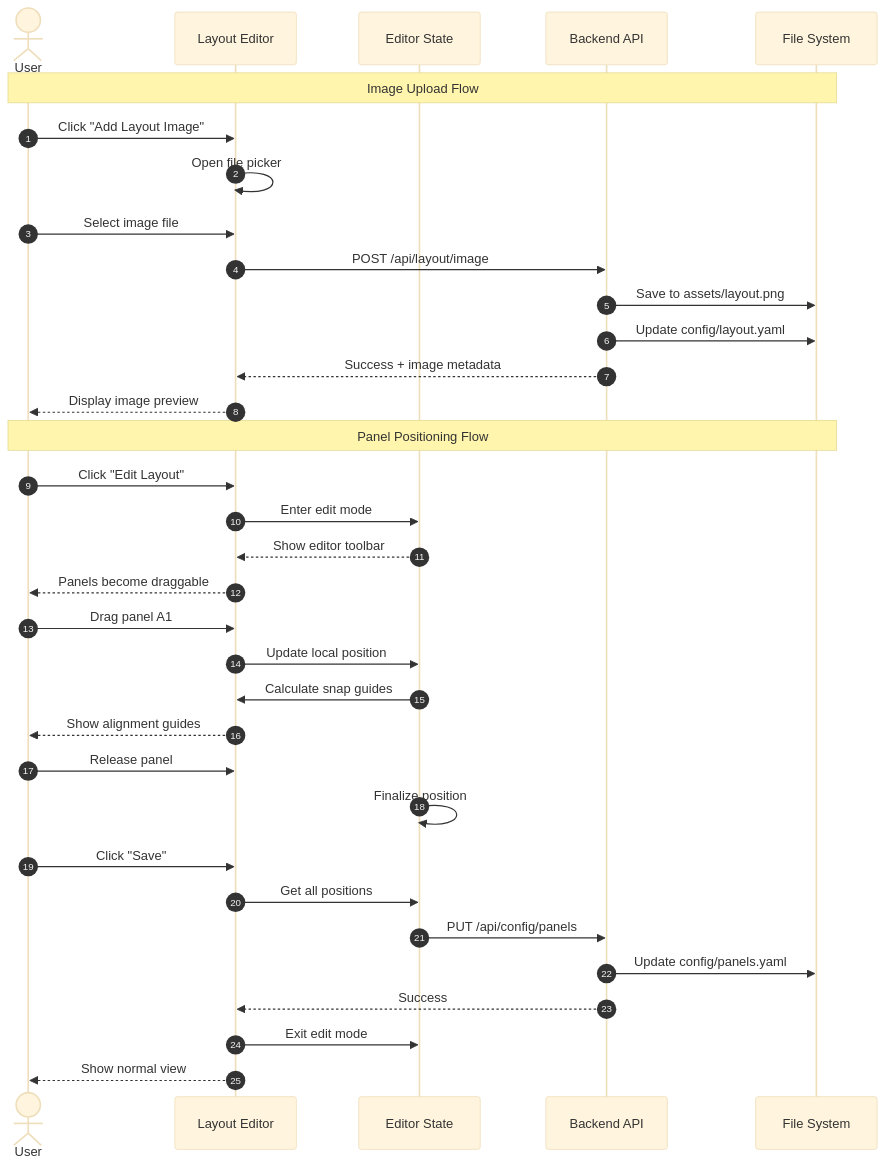
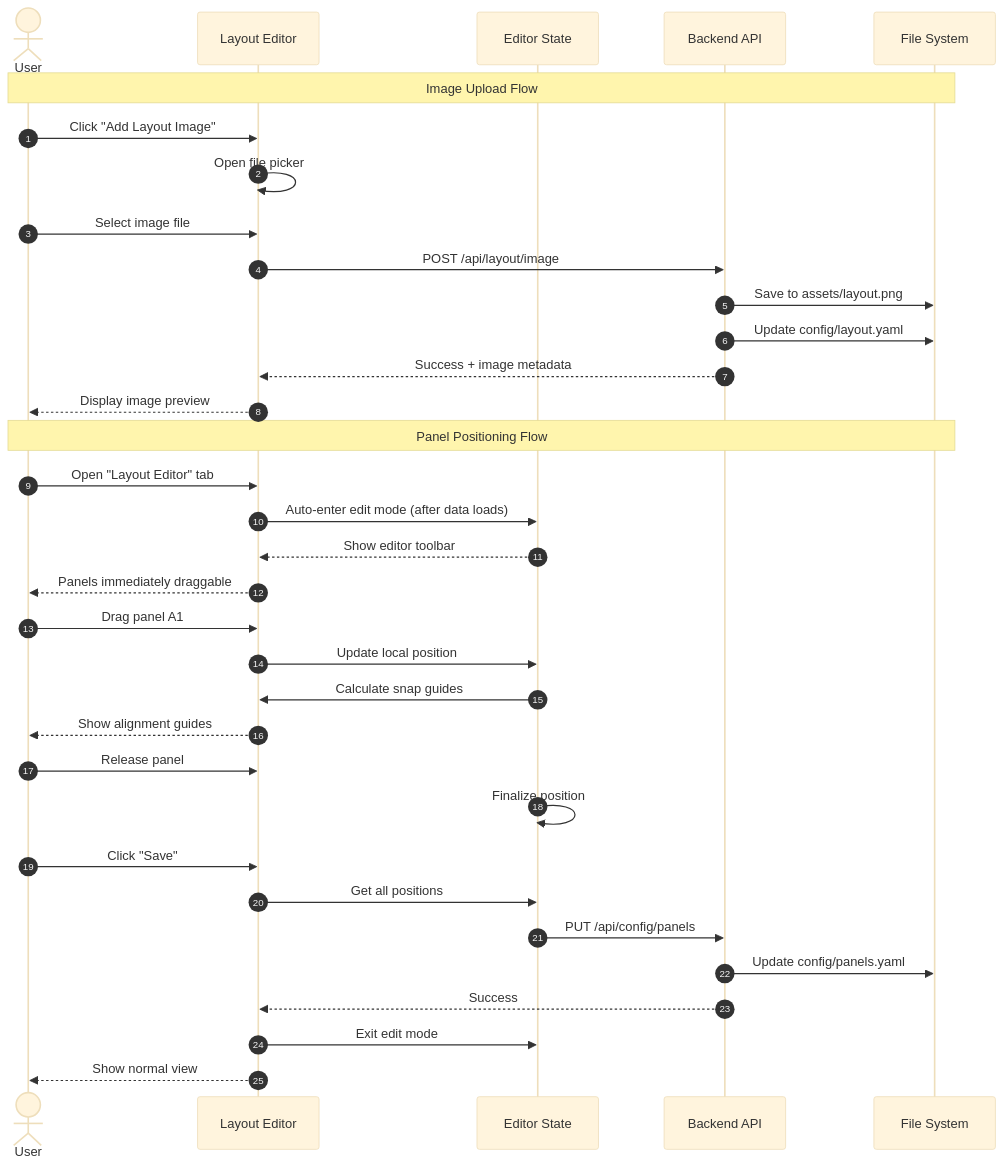
Before and after one commit to iscofield/realtime-tigo-monitor: the diagram in docs/specs/2026-01-19-multi-user-config-phase2.md, drawn with Mermaid (base theme). The commit also changed other lines of this file and 4 other files, not shown here.

First line of the commit message:
fix: layout editor UX improvements and snap algorithm fix

````diff
--- a/docs/specs/2026-01-19-multi-user-config-phase2.md
+++ b/docs/specs/2026-01-19-multi-user-config-phase2.md
@@ -830,42 +830,42 @@
 ```mermaid
 sequenceDiagram
     autonumber
     actor User
     participant UI as Layout Editor
     participant State as Editor State
     participant API as Backend API
     participant FS as File System
 
     Note over User,FS: Image Upload Flow
 
     User->>UI: Click "Add Layout Image"
     UI->>UI: Open file picker
     User->>UI: Select image file
     UI->>API: POST /api/layout/image
     API->>FS: Save to assets/layout.png
     API->>FS: Update config/layout.yaml
     API-->>UI: Success + image metadata
     UI-->>User: Display image preview
 
     Note over User,FS: Panel Positioning Flow
 
-    User->>UI: Click "Edit Layout"
-    UI->>State: Enter edit mode
+    User->>UI: Open "Layout Editor" tab
+    UI->>State: Auto-enter edit mode (after data loads)
     State-->>UI: Show editor toolbar
-    UI-->>User: Panels become draggable
+    UI-->>User: Panels immediately draggable
 
     User->>UI: Drag panel A1
     UI->>State: Update local position
     State->>UI: Calculate snap guides
     UI-->>User: Show alignment guides
     User->>UI: Release panel
     State->>State: Finalize position
 
     User->>UI: Click "Save"
     UI->>State: Get all positions
     State->>API: PUT /api/config/panels
     API->>FS: Update config/panels.yaml
     API-->>UI: Success
     UI->>State: Exit edit mode
     UI-->>User: Show normal view
 ```
````
